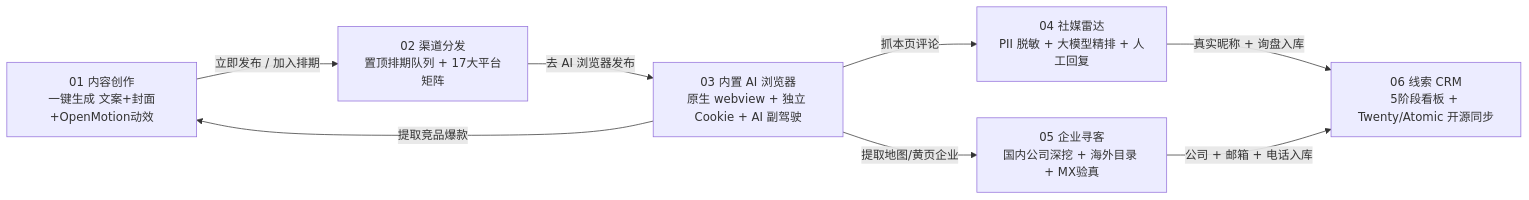
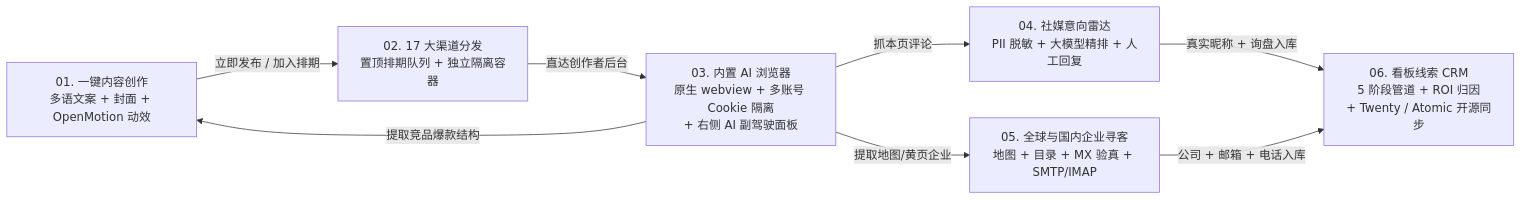
The diagram in README.zh-CN.md (qiangenping/biaomai-lingshu), drawn with Mermaid before and after one commit. The commit also changed other lines of this file and 2 other files, not shown here.

````diff
--- a/README.zh-CN.md
+++ b/README.zh-CN.md
@@ -34,10 +42,10 @@
 ```mermaid
 flowchart LR
-    A["01 内容创作<br/>一键生成 文案+封面+OpenMotion动效"] -->|"立即发布 / 加入排期"| B["02 渠道分发<br/>置顶排期队列 + 17大平台矩阵"]
-    B -->|"去 AI 浏览器发布"| W["03 内置 AI 浏览器<br/>原生 webview + 独立 Cookie + AI 副驾驶"]
-    W -->|"抓本页评论"| C["04 社媒雷达<br/>PII 脱敏 + 大模型精排 + 人工回复"]
-    W -->|"提取地图/黄页企业"| D["05 企业寻客<br/>国内公司深挖 + 海外目录 + MX验真"]
-    W -->|"提取竞品爆款"| A
-    C -->|"真实昵称 + 询盘入库"| E["06 线索 CRM<br/>5阶段看板 + Twenty/Atomic 开源同步"]
+    A["01. 一键内容创作<br/>多语文案 + 封面 + OpenMotion 动效"] -->|"立即发布 / 加入排期"| B["02. 17 大渠道分发<br/>置顶排期队列 + 独立隔离容器"]
+    B -->|"直达创作者后台"| W["03. 内置 AI 浏览器<br/>原生 webview + 多账号 Cookie 隔离<br/>+ 右侧 AI 副驾驶面板"]
+    W -->|"抓本页评论"| C["04. 社媒意向雷达<br/>PII 脱敏 + 大模型精排 + 人工回复"]
+    W -->|"提取地图/黄页企业"| D["05. 全球与国内企业寻客<br/>地图 + 目录 + MX 验真 + SMTP/IMAP"]
+    W -->|"提取竞品爆款结构"| A
+    C -->|"真实昵称 + 询盘入库"| E["06. 看板线索 CRM<br/>5 阶段管道 + ROI 归因<br/>+ Twenty / Atomic 开源同步"]
     D -->|"公司 + 邮箱 + 电话入库"| E
 ```
````
